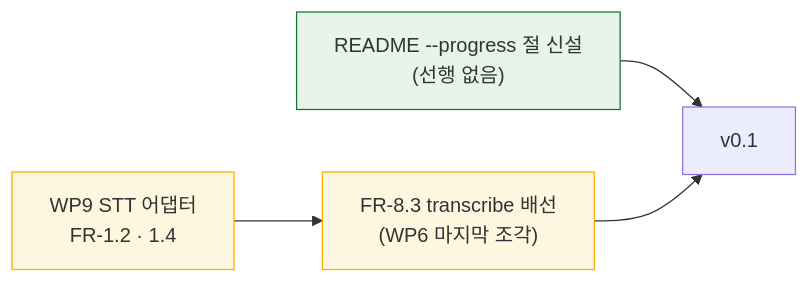
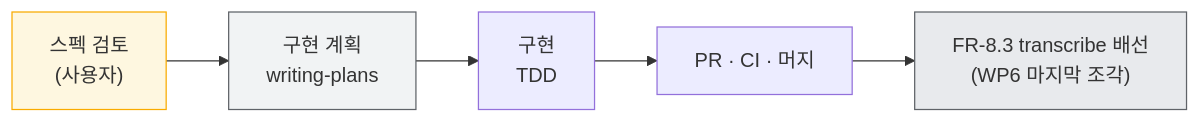
Before and after one commit to withwooyong/cuesift: the diagram in HANDOFF.md, drawn with Mermaid. The commit also changed other lines of this file and 1 other file, not shown here.

````diff
--- a/HANDOFF.md
+++ b/HANDOFF.md
@@ -116,9 +116,10 @@
 ```mermaid
 flowchart LR
-    A["README --progress 절 신설<br/>(선행 없음)"] --> Z["v0.1"]
-    B["WP9 STT 어댑터<br/>FR-1.2 · 1.4"] --> C["FR-8.3 transcribe 배선<br/>(WP6 마지막 조각)"]
-    C --> Z
-    style A fill:#e6f4ea,stroke:#137333
-    style B fill:#fef7e0,stroke:#f9ab00
-    style C fill:#fef7e0,stroke:#f9ab00
+    A["스펙 검토<br/>(사용자)"] --> B["구현 계획<br/>writing-plans"]
+    B --> C["구현<br/>TDD"]
+    C --> D["PR · CI · 머지"]
+    D --> E["FR-8.3 transcribe 배선<br/>(WP6 마지막 조각)"]
+    style A fill:#fef7e0,stroke:#f9ab00
+    style B fill:#f1f3f4,stroke:#5f6368
+    style E fill:#e8eaed,stroke:#5f6368
 ```
````
